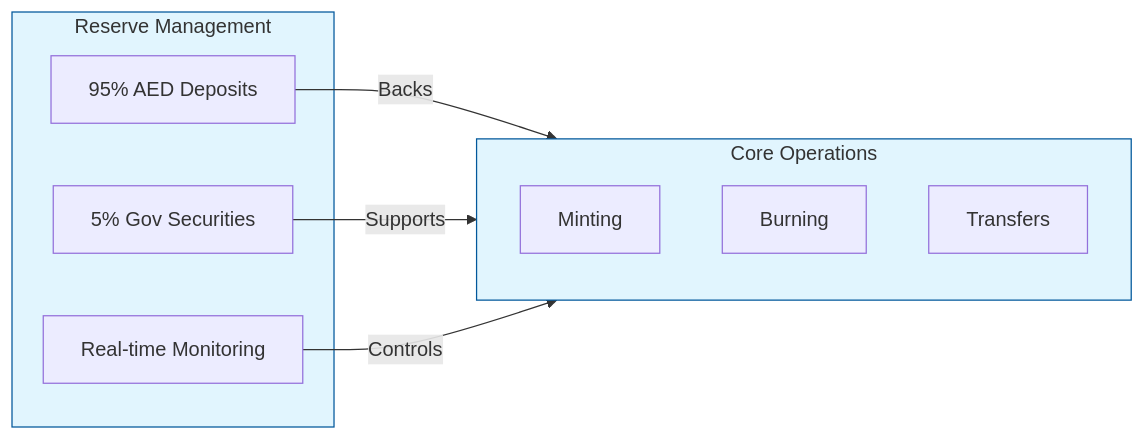
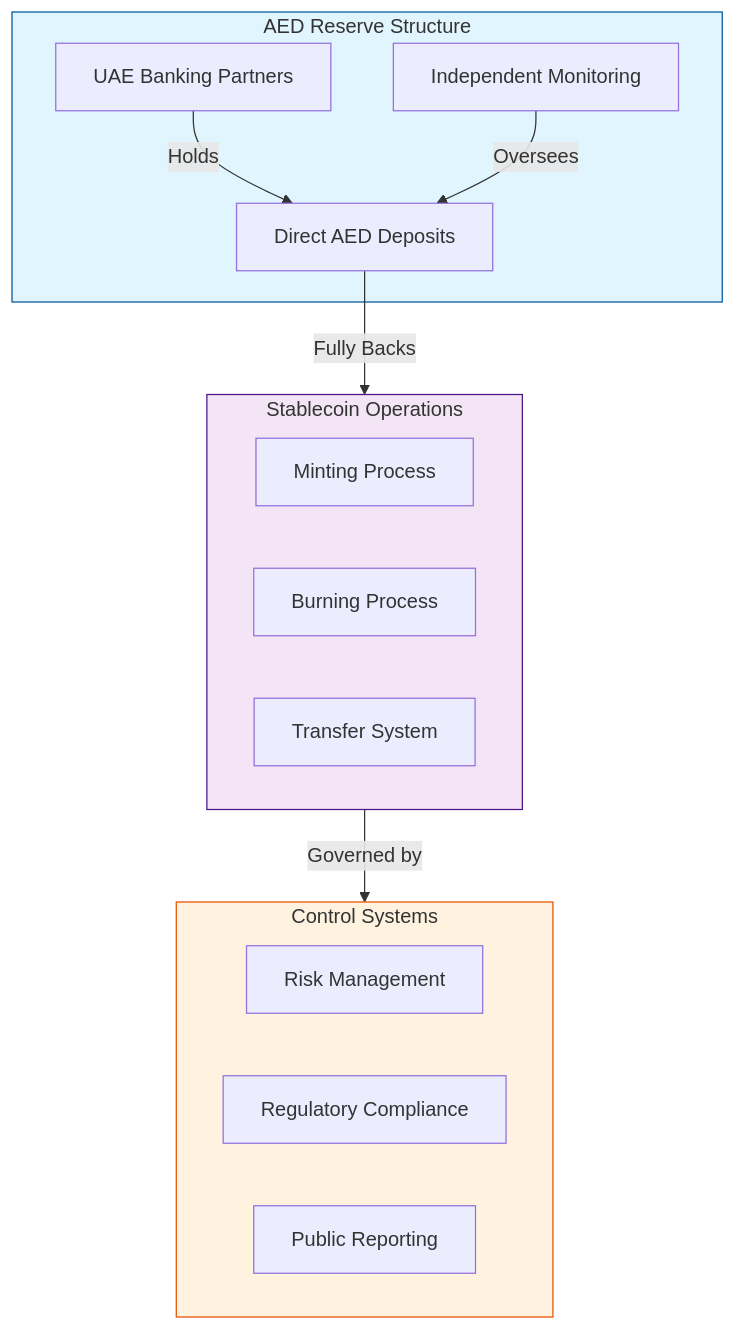
One commit to scionx-io/documentation changed the second of 3 diagrams in stablecoin.md. Above: the diagram before and after it, drawn with Mermaid. The commit also changed other lines of this file, not shown here.

````diff
--- a/stablecoin.md
+++ b/stablecoin.md
@@ -42,21 +46,32 @@
 ```mermaid
-graph LR
-    subgraph ReserveSystem["Reserve Management"]
-        Primary["95% AED Deposits"]
-        Secondary["5% Gov Securities"]
-        Monitor["Real-time Monitoring"]
+graph TB
+    subgraph ReserveSystem["AED Reserve Structure"]
+        Primary["Direct AED Deposits"]
+        Banking["UAE Banking Partners"]
+        Monitor["Independent Monitoring"]
     end
 
-    subgraph Operations["Core Operations"]
-        Mint["Minting"]
-        Burn["Burning"]
-        Transfer["Transfers"]
+    subgraph Operations["Stablecoin Operations"]
+        Mint["Minting Process"]
+        Burn["Burning Process"]
+        Transfer["Transfer System"]
     end
 
-    Primary -->|Backs| Operations
-    Secondary -->|Supports| Operations
-    Monitor -->|Controls| Operations
+    subgraph Controls["Control Systems"]
+        Risk["Risk Management"]
+        Compliance["Regulatory Compliance"]
+        Report["Public Reporting"]
+    end
+
+    Primary -->|Fully Backs| Operations
+    Banking -->|Holds| Primary
+    Monitor -->|Oversees| Primary
+    Operations -->|Governed by| Controls
 
     classDef primary fill:#e1f5fe,stroke:#01579b
-    class ReserveSystem,Operations primary
+    classDef ops fill:#f3e5f5,stroke:#4a148c
+    classDef control fill:#fff3e0,stroke:#e65100
+    class ReserveSystem primary
+    class Operations ops
+    class Controls control
 ```
````
